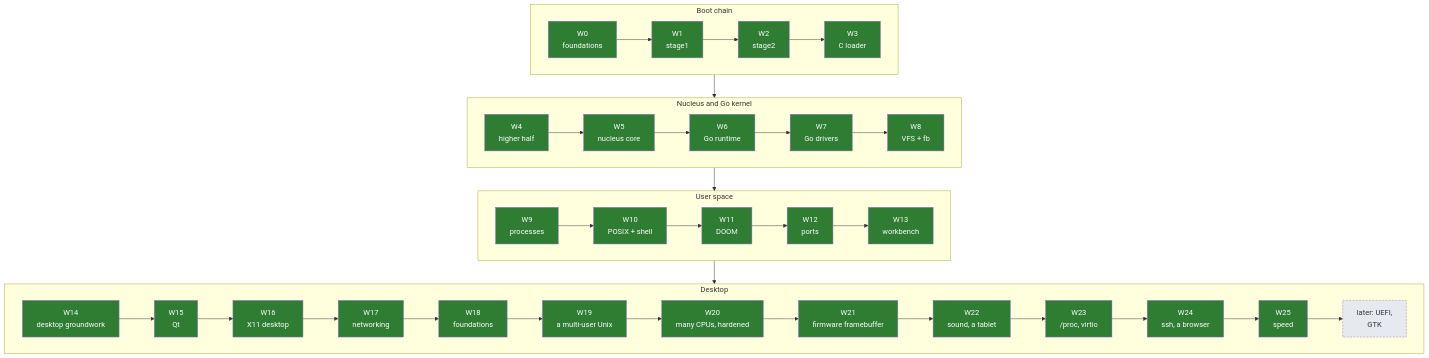
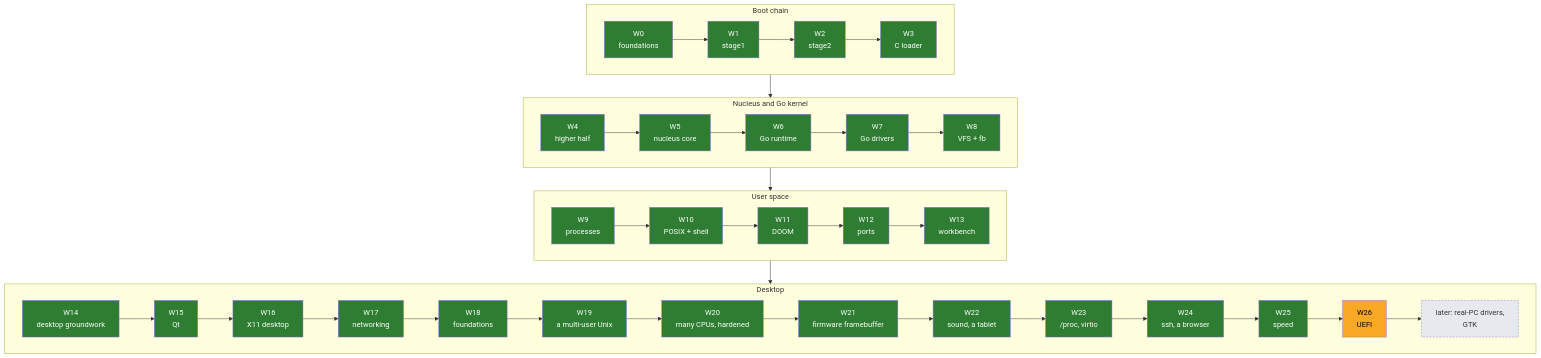
One commit to decagondev/burrow changed the diagram in docs/04-plan/ROADMAP.md. Above: the diagram before and after it, drawn with Mermaid. The commit also changed other lines of this file and 5 other files, not shown here.

````diff
--- a/docs/04-plan/ROADMAP.md
+++ b/docs/04-plan/ROADMAP.md
@@ -34,25 +35,26 @@
 ```mermaid
 flowchart TB
     subgraph boot["Boot chain"]
         direction LR
         W0["W0<br/>foundations"] --> W1["W1<br/>stage1"] --> W2["W2<br/>stage2"] --> W3["W3<br/>C loader"]
     end
     subgraph core["Nucleus and Go kernel"]
         direction LR
         W4["W4<br/>higher half"] --> W5["W5<br/>nucleus core"] --> W6["W6<br/>Go runtime"] --> W7["W7<br/>Go drivers"] --> W8["W8<br/>VFS + fb"]
     end
     subgraph unix["User space"]
         direction LR
         W9["W9<br/>processes"] --> W10["W10<br/>POSIX + shell"] --> W11["W11<br/>DOOM"] --> W12["W12<br/>ports"] --> W13["W13<br/>workbench"]
     end
     subgraph desk["Desktop"]
         direction LR
-        W14["W14<br/>desktop groundwork"] --> W15["W15<br/>Qt"] --> W16["W16<br/>X11 desktop"] --> W17["W17<br/>networking"] --> W18["W18<br/>foundations"] --> W19["W19<br/>a multi-user Unix"] --> W20["W20<br/>many CPUs, hardened"] --> W21["W21<br/>firmware framebuffer"] --> W22["W22<br/>sound, a tablet"] --> W23["W23<br/>/proc, virtio"] --> W24["W24<br/>ssh, a browser"] --> W25["W25<br/>speed"] --> X["later: UEFI,<br/>GTK"]
+        W14["W14<br/>desktop groundwork"] --> W15["W15<br/>Qt"] --> W16["W16<br/>X11 desktop"] --> W17["W17<br/>networking"] --> W18["W18<br/>foundations"] --> W19["W19<br/>a multi-user Unix"] --> W20["W20<br/>many CPUs, hardened"] --> W21["W21<br/>firmware framebuffer"] --> W22["W22<br/>sound, a tablet"] --> W23["W23<br/>/proc, virtio"] --> W24["W24<br/>ssh, a browser"] --> W25["W25<br/>speed"] --> W26["W26<br/>UEFI"] --> X["later: real-PC drivers,<br/>GTK"]
     end
     boot --> core --> unix --> desk
     classDef done fill:#2e7d32,color:#fff;
     classDef next fill:#f9a825,color:#000;
     classDef later fill:#e6eaee,color:#333,stroke-dasharray: 4 3;
     class W0,W1,W2,W3,W4,W5,W6,W7,W8,W9,W10,W11,W12,W13,W14,W15,W16,W17,W18,W19,W20,W21,W22,W23,W24,W25 done;
+    class W26 next;
     class X later;
 ```
````
